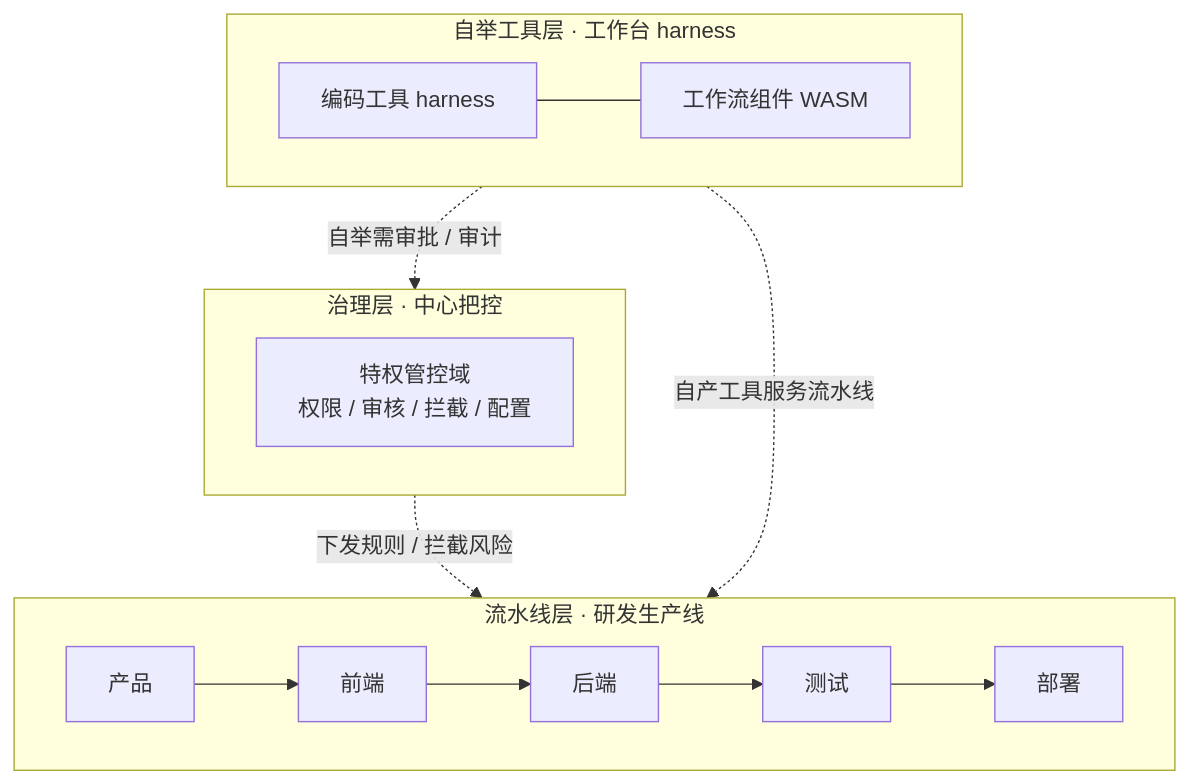
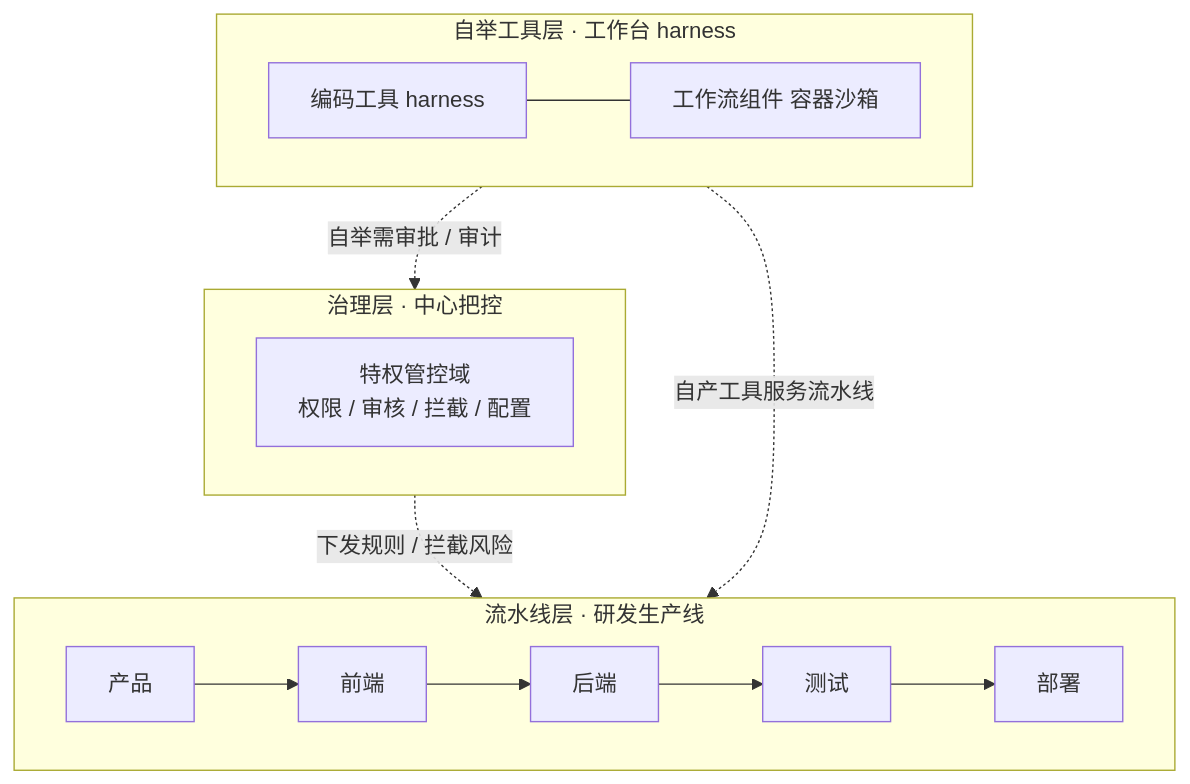
Before and after one commit to CanWeakerWriteStrongCode/DolphinMind: the fourth of 6 diagrams in docs/original-2026-paradigm.md, drawn with Mermaid. The commit also changed other lines of this file and 5 other files, not shown here.

````diff
--- a/docs/original-2026-paradigm.md
+++ b/docs/original-2026-paradigm.md
@@ -446,20 +446,20 @@
 ```mermaid
 flowchart TD
     subgraph L1[治理层 · 中心把控]
         GOV[特权管控域<br/>权限 / 审核 / 拦截 / 配置]
     end
 
     subgraph L2[流水线层 · 研发生产线]
         direction LR
         PM[产品] --> FE[前端] --> BE[后端] --> QA[测试] --> DEP[部署]
     end
 
     subgraph L3[自举工具层 · 工作台 harness]
         direction LR
-        T1[编码工具 harness] --- T2[工作流组件 WASM]
+        T1[编码工具 harness] --- T2[工作流组件 容器沙箱]
     end
 
     L1 -. 下发规则 / 拦截风险 .-> L2
     L3 -. 自举需审批 / 审计 .-> L1
     L3 -. 自产工具服务流水线 .-> L2
 ```
````
